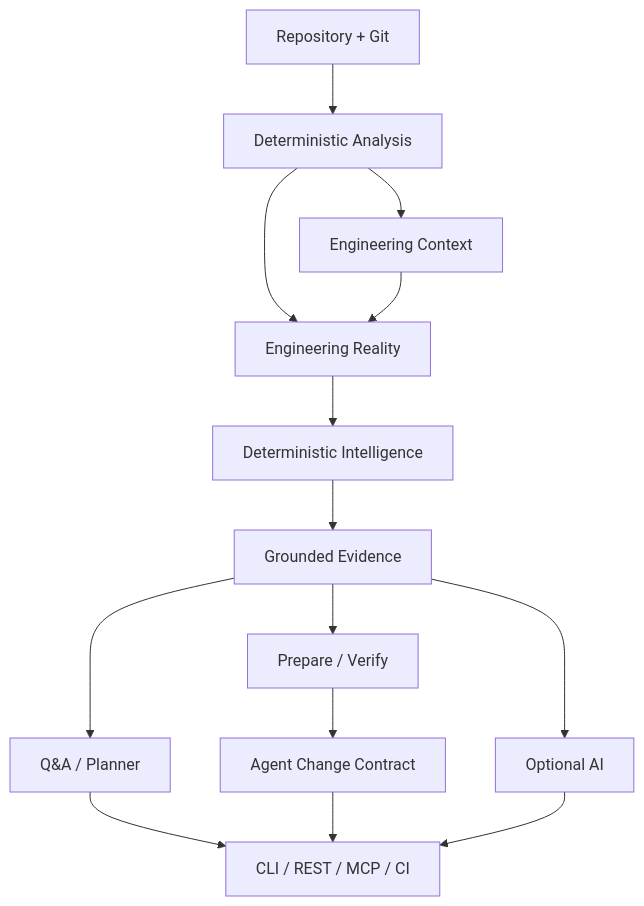
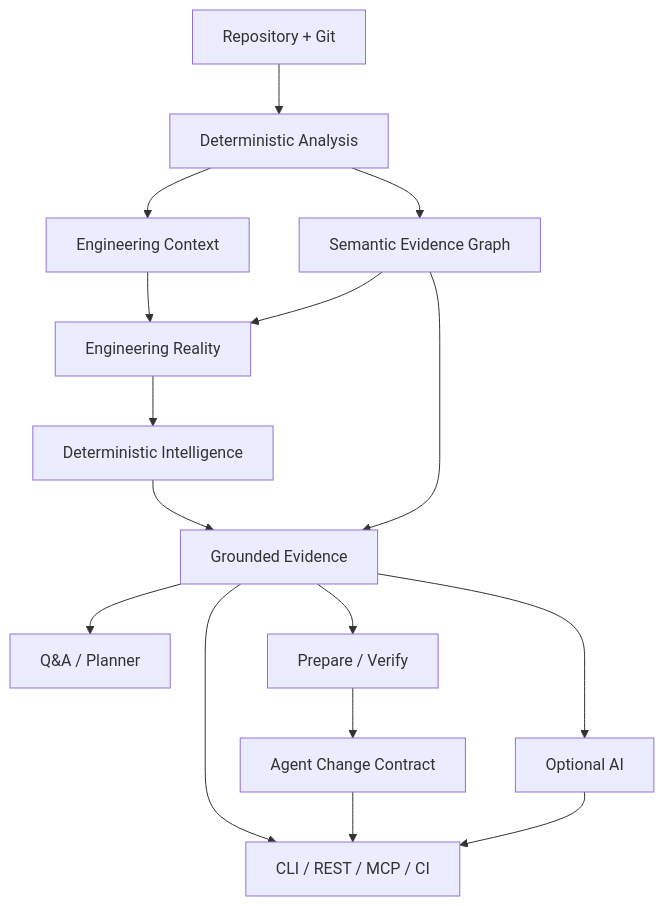
Before and after one commit to sonii-shivansh/CodeContext: the diagram in README.md, drawn with Mermaid. The commit also changed other lines of this file and 7 other files, not shown here.

First line of the commit message:
Phase 7: evidence-backed Engineering Reality

````diff
--- a/README.md
+++ b/README.md
@@ -169,16 +175,18 @@
 ```mermaid
 flowchart TD
     R[Repository + Git] --> A[Deterministic Analysis]
     A --> C[Engineering Context]
-    A --> E[Engineering Reality]
-    C --> E
+    A --> G[Semantic Evidence Graph]
+    C --> E[Engineering Reality]
+    G --> E
     E --> I[Deterministic Intelligence]
-    I --> G[Grounded Evidence]
-    G --> Q[Q&A / Planner]
-    G --> V[Prepare / Verify]
+    I --> Q[Grounded Evidence]
+    G --> Q
+    Q --> P[Q&A / Planner]
+    Q --> V[Prepare / Verify]
     V --> K[Agent Change Contract]
     Q --> X[CLI / REST / MCP / CI]
     K --> X
-    G --> AI[Optional AI]
+    Q --> AI[Optional AI]
     AI --> X
 ```
````
